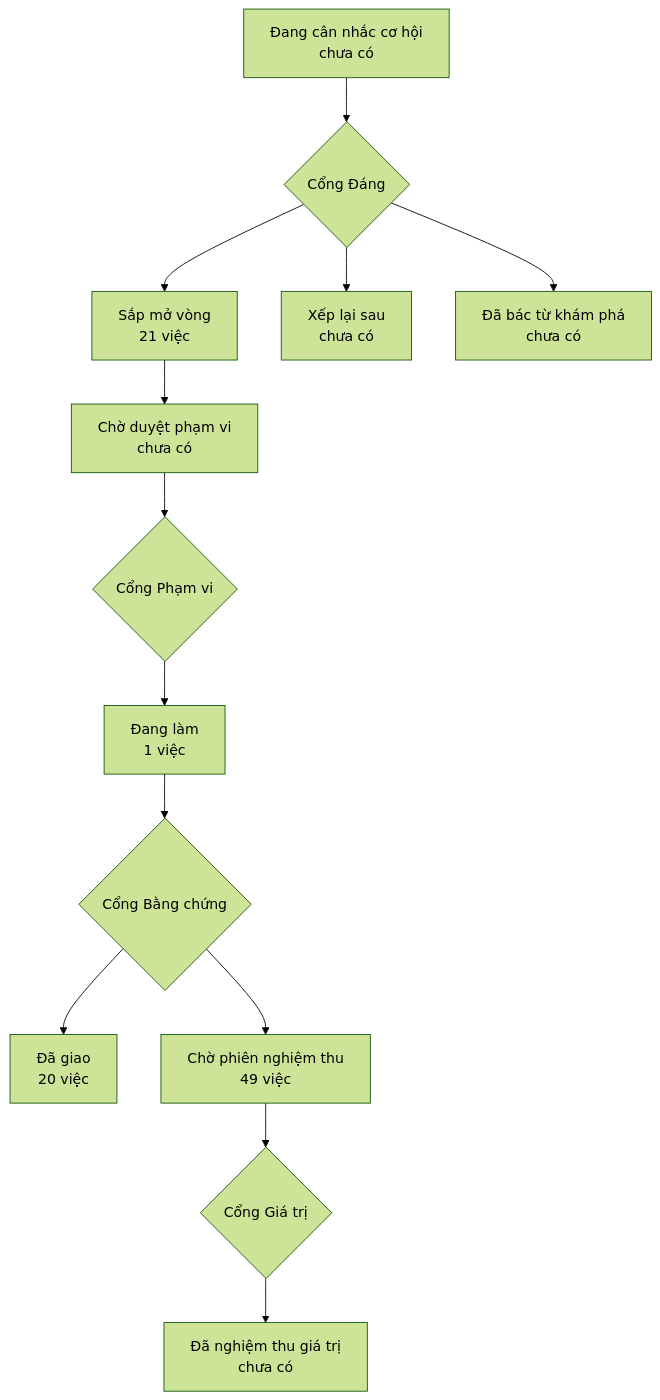
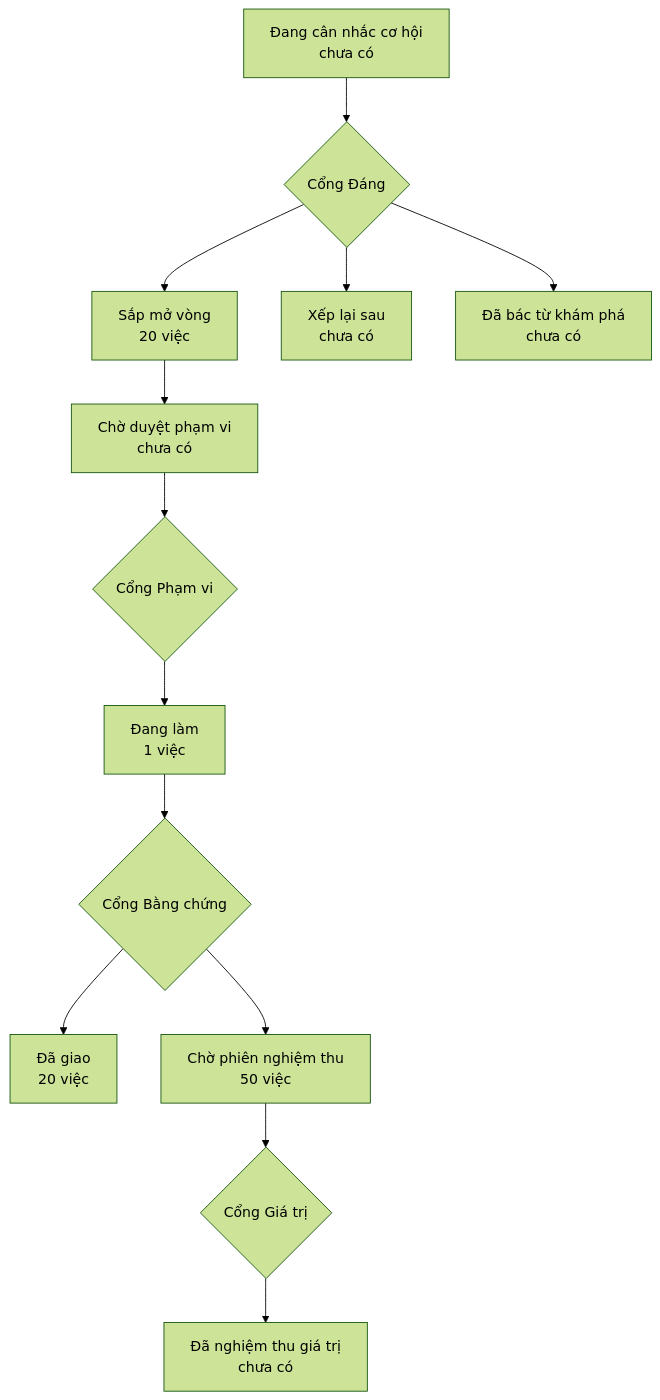
One commit to phanlemanh/onehub-quy-hang changed the diagram in PRODUCT-MAP.md. Above: the diagram before and after it, drawn with Mermaid (forest theme). The commit also changed 2 other files, not shown here.

Commit message:
docs(luong-gui): S3 xong — implemented

````diff
--- a/PRODUCT-MAP.md
+++ b/PRODUCT-MAP.md
@@ -7,12 +7,12 @@
 ```mermaid
 flowchart TD
   A["Đang cân nhắc cơ hội<br/>chưa có"] --> GD{"Cổng Đáng"}
-  GD --> B["Sắp mở vòng<br/>21 việc"]
+  GD --> B["Sắp mở vòng<br/>20 việc"]
   GD --> XL["Xếp lại sau<br/>chưa có"]
   GD --> DB["Đã bác từ khám phá<br/>chưa có"]
   B --> CD["Chờ duyệt phạm vi<br/>chưa có"] --> GP{"Cổng Phạm vi"}
   GP --> DL["Đang làm<br/>1 việc"] --> GB{"Cổng Bằng chứng"}
   GB --> DG["Đã giao<br/>20 việc"]
-  GB --> CN["Chờ phiên nghiệm thu<br/>49 việc"] --> GG{"Cổng Giá trị"}
+  GB --> CN["Chờ phiên nghiệm thu<br/>50 việc"] --> GG{"Cổng Giá trị"}
   GG --> NT["Đã nghiệm thu giá trị<br/>chưa có"]
 ```
````
